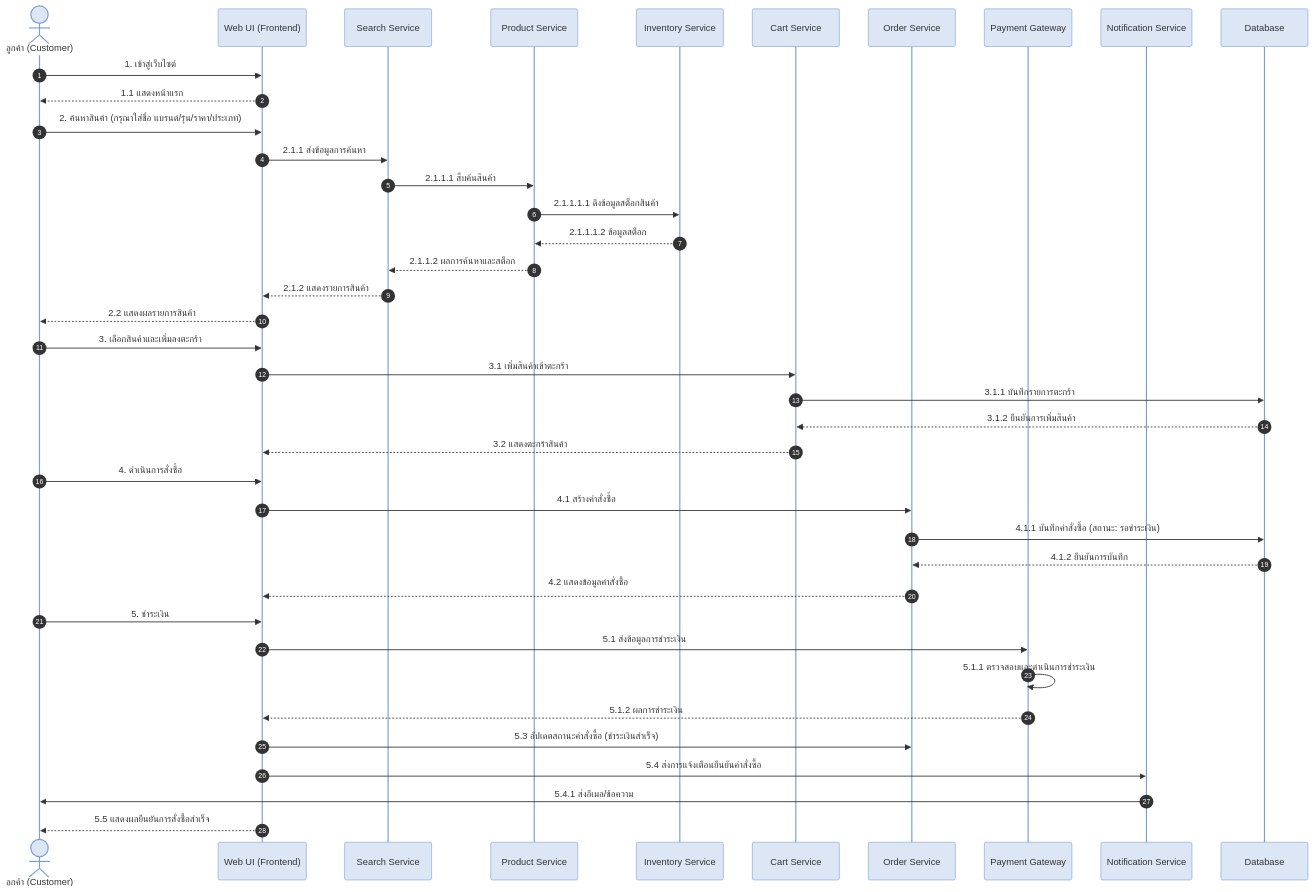
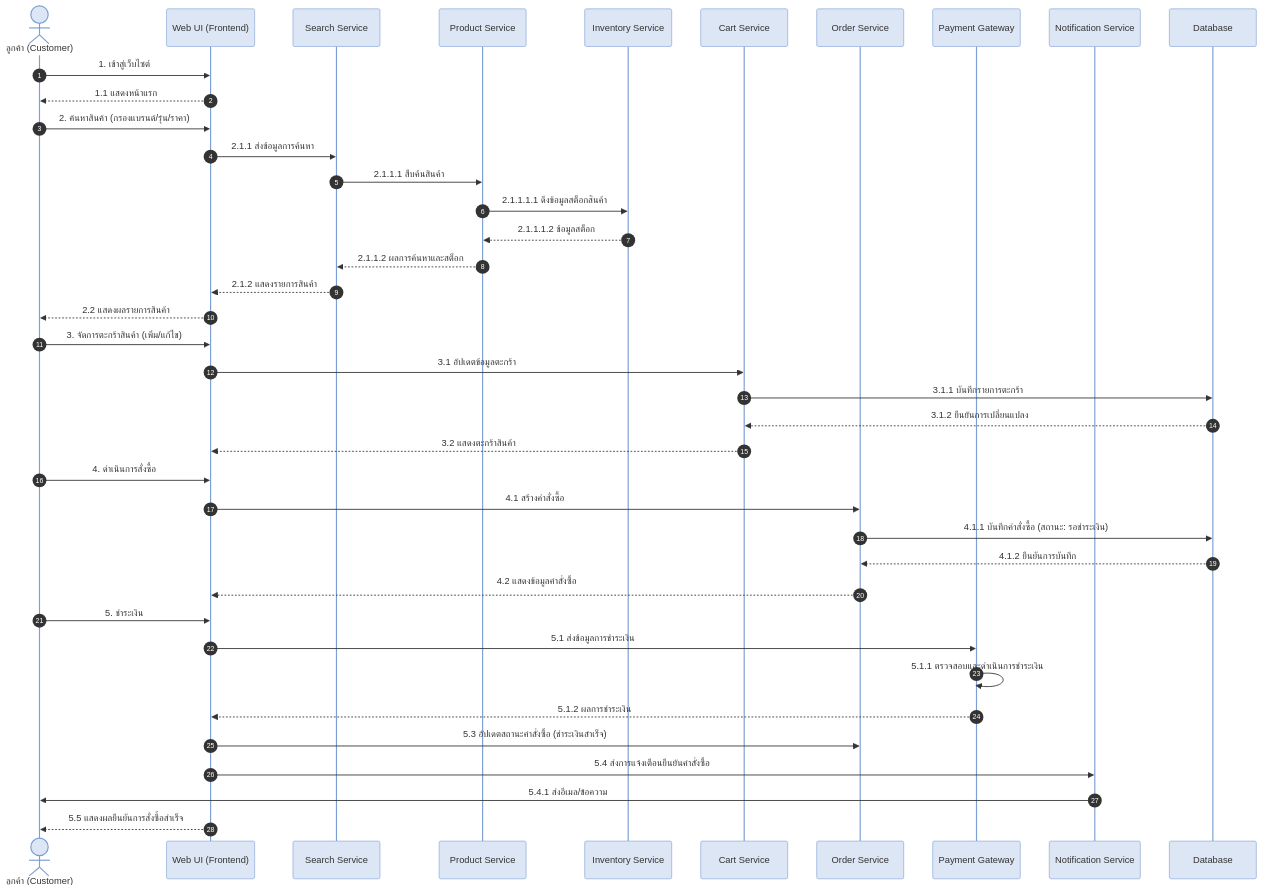
One commit to ArGusmumumimi/PC-Center- changed the fifth of 8 diagrams in README.md. Above: the diagram before and after it, drawn with Mermaid. The commit also changed other lines of this file, not shown here.

````diff
--- a/README.md
+++ b/README.md
@@ -553,48 +515,48 @@
 ```mermaid
 %%{init: {'theme': 'base', 'themeVariables': {'actorBkg': '#dce6f5', 'actorTextColor': '#333', 'actorBorder': '#7b9fd4', 'signalColor': '#333', 'signalTextColor': '#333', 'labelBoxBkgColor': '#dce6f5', 'labelBoxBorderColor': '#7b9fd4', 'labelTextColor': '#333', 'loopTextColor': '#333', 'noteBkgColor': '#fff3cd', 'noteTextColor': '#333', 'noteBorderColor': '#ffc107', 'activationBkgColor': '#e8f0fe', 'activationBorderColor': '#7b9fd4', 'sequenceNumberColor': '#fff', 'background': '#ffffff'}}}%%
 sequenceDiagram
     autonumber
     actor C as ลูกค้า (Customer)
     participant WEB as Web UI (Frontend)
     participant SEARCH as Search Service
     participant PROD as Product Service
     participant INV as Inventory Service
     participant CART as Cart Service
     participant ORD as Order Service
     participant PAY as Payment Gateway
     participant NOTI as Notification Service
     participant DB as Database
 
     C->>WEB: 1. เข้าสู่เว็บไซต์
     WEB-->>C: 1.1 แสดงหน้าแรก
 
-    C->>WEB: 2. ค้นหาสินค้า (กรุณาใส่ชื่อ แบรนด์/รุ่น/ราคา/ประเภท)
+    C->>WEB: 2. ค้นหาสินค้า (กรองแบรนด์/รุ่น/ราคา)
     WEB->>SEARCH: 2.1.1 ส่งข้อมูลการค้นหา
     SEARCH->>PROD: 2.1.1.1 สืบค้นสินค้า
     PROD->>INV: 2.1.1.1.1 ดึงข้อมูลสต็อกสินค้า
     INV-->>PROD: 2.1.1.1.2 ข้อมูลสต็อก
     PROD-->>SEARCH: 2.1.1.2 ผลการค้นหาและสต็อก
     SEARCH-->>WEB: 2.1.2 แสดงรายการสินค้า
     WEB-->>C: 2.2 แสดงผลรายการสินค้า
 
-    C->>WEB: 3. เลือกสินค้าและเพิ่มลงตะกร้า
-    WEB->>CART: 3.1 เพิ่มสินค้าเข้าตะกร้า
+    C->>WEB: 3. จัดการตะกร้าสินค้า (เพิ่ม/แก้ไข)
+    WEB->>CART: 3.1 อัปเดตข้อมูลตะกร้า
     CART->>DB: 3.1.1 บันทึกรายการตะกร้า
-    DB-->>CART: 3.1.2 ยืนยันการเพิ่มสินค้า
+    DB-->>CART: 3.1.2 ยืนยันการเปลี่ยนแปลง
     CART-->>WEB: 3.2 แสดงตะกร้าสินค้า
 
     C->>WEB: 4. ดำเนินการสั่งซื้อ
     WEB->>ORD: 4.1 สร้างคำสั่งซื้อ
     ORD->>DB: 4.1.1 บันทึกคำสั่งซื้อ (สถานะ: รอชำระเงิน)
     DB-->>ORD: 4.1.2 ยืนยันการบันทึก
     ORD-->>WEB: 4.2 แสดงข้อมูลคำสั่งซื้อ
 
     C->>WEB: 5. ชำระเงิน
     WEB->>PAY: 5.1 ส่งข้อมูลการชำระเงิน
     PAY->>PAY: 5.1.1 ตรวจสอบและดำเนินการชำระเงิน
     PAY-->>WEB: 5.1.2 ผลการชำระเงิน
     WEB->>ORD: 5.3 อัปเดตสถานะคำสั่งซื้อ (ชำระเงินสำเร็จ)
     WEB->>NOTI: 5.4 ส่งการแจ้งเตือนยืนยันคำสั่งซื้อ
     NOTI->>C: 5.4.1 ส่งอีเมล/ข้อความ
     WEB-->>C: 5.5 แสดงผลยืนยันการสั่งซื้อสำเร็จ
 ```
````
